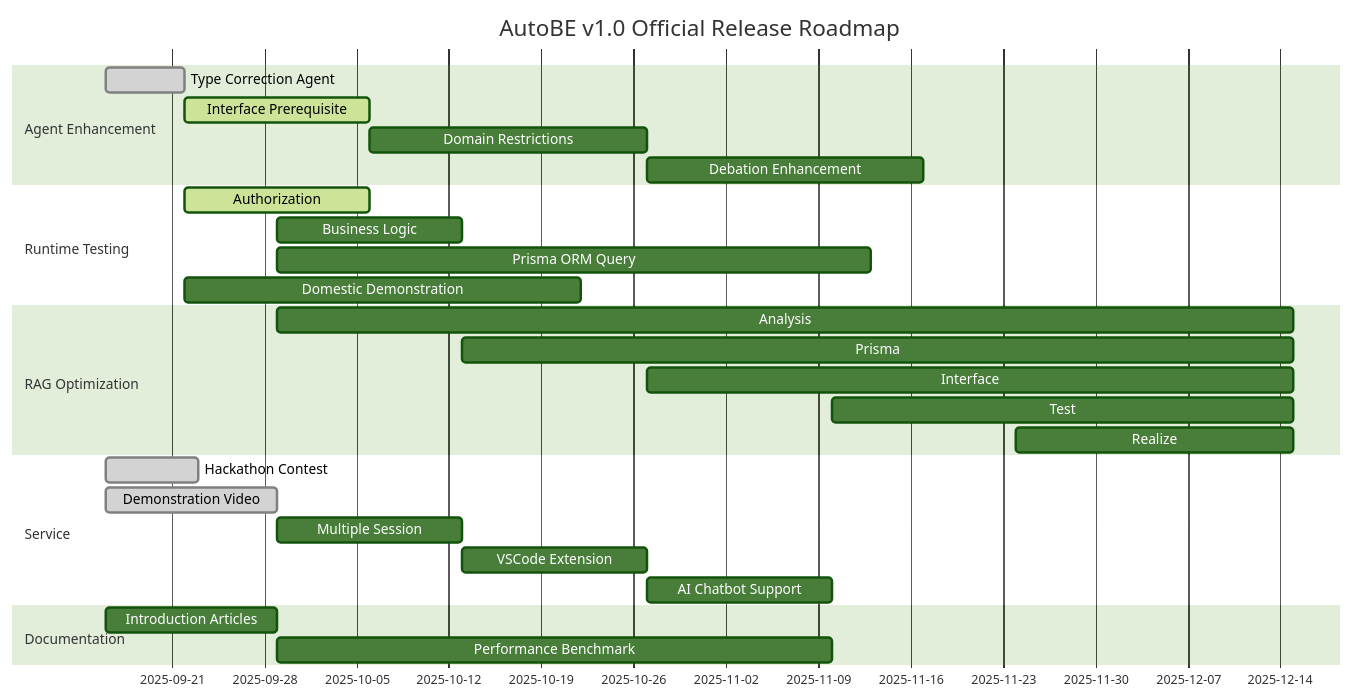
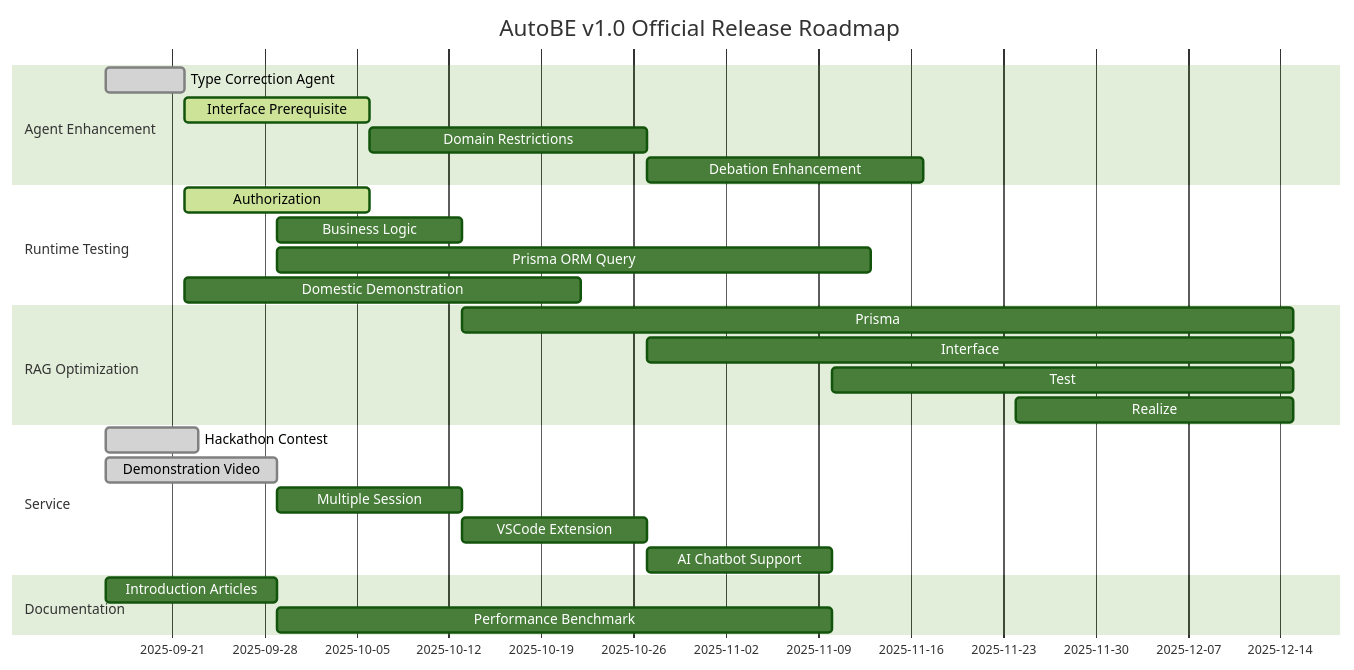
The diagram in website/src/content/docs/roadmap/v1.0.mdx (RavenView-ai/autobe), drawn with Mermaid (forest theme) before and after one commit. The commit also changed other lines of this file, not shown here.

````diff
--- a/website/src/content/docs/roadmap/v1.0.mdx
+++ b/website/src/content/docs/roadmap/v1.0.mdx
@@ -6,35 +7,34 @@
 ```mermaid
 gantt
   dateFormat YYYY-MM-DD
   title AutoBE v1.0 Official Release Roadmap
 
   section Agent Enhancement
   Type Correction Agent :   done,  2025-09-16,  6d
   Interface Prerequisite: active,  2025-09-22, 14d
   Domain Restrictions   : planned, 2025-10-06, 21d
   Debation Enhancement  : planned, 2025-10-27, 21d
 
   section Runtime Testing
   Authorization         : active,  2025-09-22, 14d
   Business Logic        : planned, 2025-09-29, 14d
   Prisma ORM Query      : planned, 2025-09-29, 45d
   Domestic Demonstration: planned, 2025-09-22, 30d
 
   section RAG Optimization
-  Analysis : planned, 2025-09-29, 77d
   Prisma   : planned, 2025-10-13, 63d
   Interface: planned, 2025-10-27, 49d
   Test     : planned, 2025-11-10, 35d
   Realize  : planned, 2025-11-24, 21d
 
   section Service
   Hackathon Contest  : done,    2025-09-16,  7d
   Demonstration Video: done,    2025-09-16, 13d
   Multiple Session   : planned, 2025-09-29, 14d
   VSCode Extension   : planned, 2025-10-13, 14d
   AI Chatbot Support : planned, 2025-10-27, 14d
 
   section Documentation
   Introduction Articles: 2025-09-16, 13d
   Performance Benchmark: 2025-09-29, 42d
 ```
````
